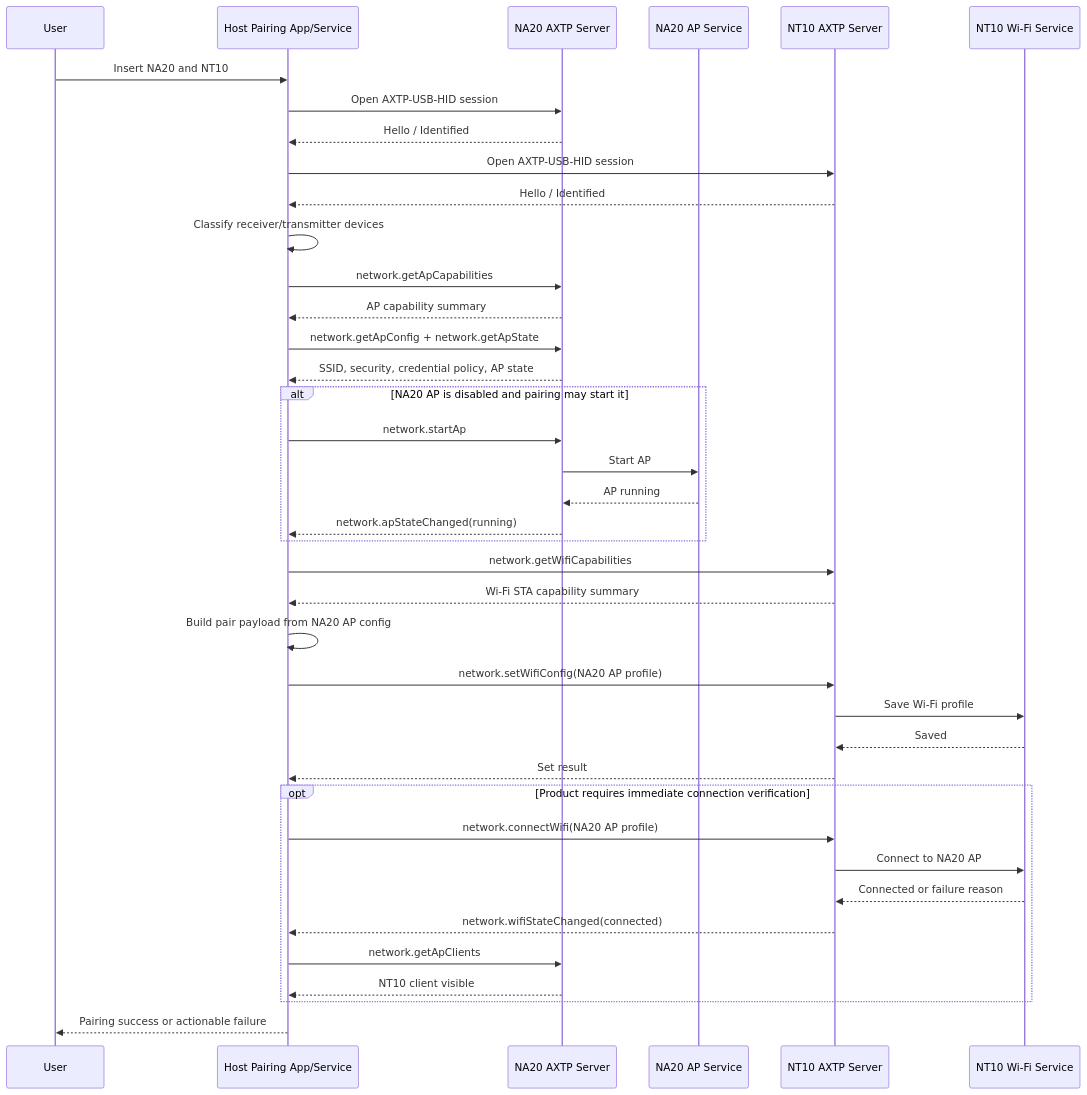
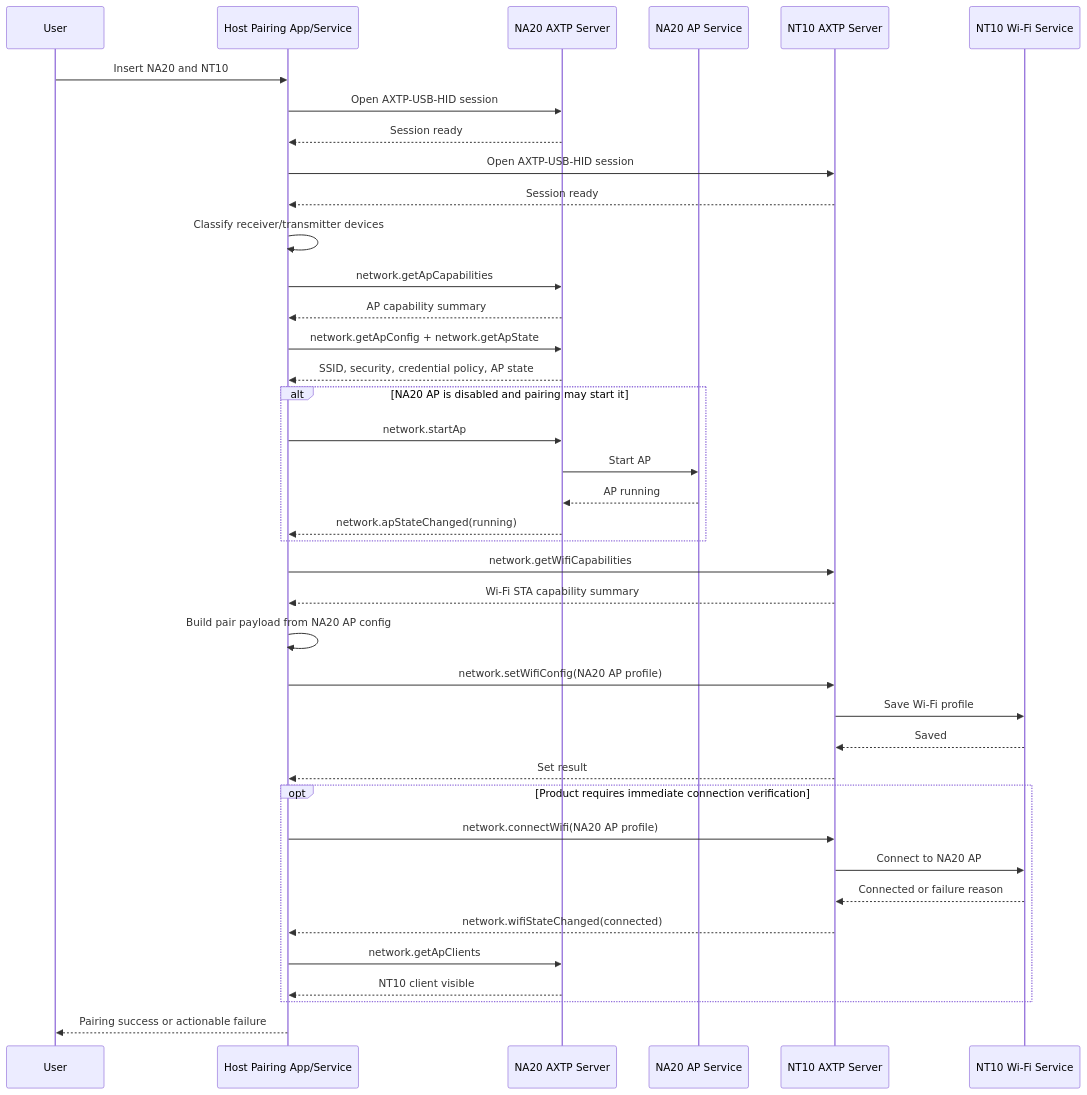
One commit to Mostorm-Labs/axtp changed the diagram in docs/flows/cast-rxtx-paring.md. Above: the diagram before and after it, drawn with Mermaid. The commit also changed other lines of this file and 6 other files, not shown here.

Commit message:
docs: update flow plans to new template

````diff
--- a/docs/flows/cast-rxtx-paring.md
+++ b/docs/flows/cast-rxtx-paring.md
@@ -73,47 +114,47 @@
 ```mermaid
 sequenceDiagram
     participant User
     participant Host as Host Pairing App/Service
     participant NA20 as NA20 AXTP Server
     participant NA20AP as NA20 AP Service
     participant NT10 as NT10 AXTP Server
     participant NT10WiFi as NT10 Wi-Fi Service
 
     User->>Host: Insert NA20 and NT10
     Host->>NA20: Open AXTP-USB-HID session
-    NA20-->>Host: Hello / Identified
+    NA20-->>Host: Session ready
     Host->>NT10: Open AXTP-USB-HID session
-    NT10-->>Host: Hello / Identified
+    NT10-->>Host: Session ready
     Host->>Host: Classify receiver/transmitter devices
 
     Host->>NA20: network.getApCapabilities
     NA20-->>Host: AP capability summary
     Host->>NA20: network.getApConfig + network.getApState
     NA20-->>Host: SSID, security, credential policy, AP state
 
     alt NA20 AP is disabled and pairing may start it
         Host->>NA20: network.startAp
         NA20->>NA20AP: Start AP
         NA20AP-->>NA20: AP running
         NA20-->>Host: network.apStateChanged(running)
     end
 
     Host->>NT10: network.getWifiCapabilities
     NT10-->>Host: Wi-Fi STA capability summary
     Host->>Host: Build pair payload from NA20 AP config
     Host->>NT10: network.setWifiConfig(NA20 AP profile)
     NT10->>NT10WiFi: Save Wi-Fi profile
     NT10WiFi-->>NT10: Saved
     NT10-->>Host: Set result
 
     opt Product requires immediate connection verification
         Host->>NT10: network.connectWifi(NA20 AP profile)
         NT10->>NT10WiFi: Connect to NA20 AP
         NT10WiFi-->>NT10: Connected or failure reason
         NT10-->>Host: network.wifiStateChanged(connected)
         Host->>NA20: network.getApClients
         NA20-->>Host: NT10 client visible
     end
 
     Host-->>User: Pairing success or actionable failure
 ```
````
